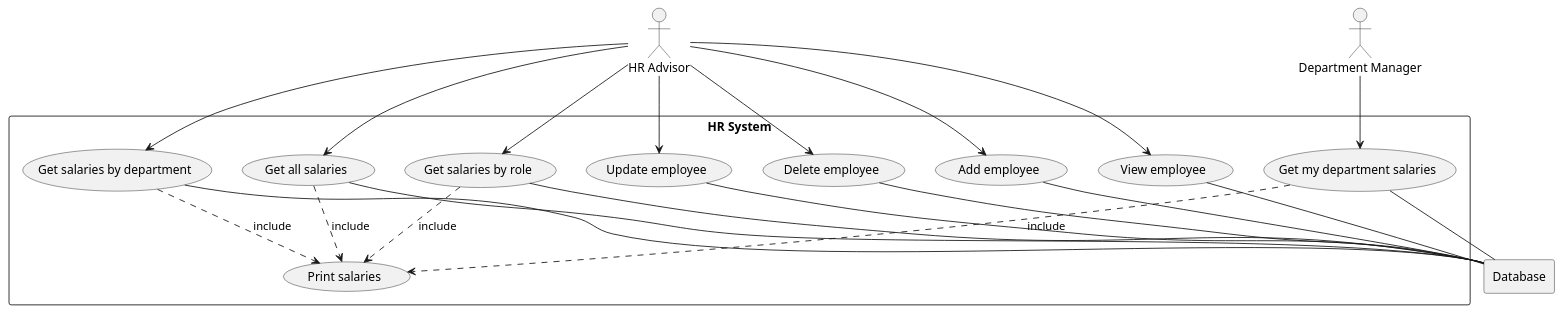
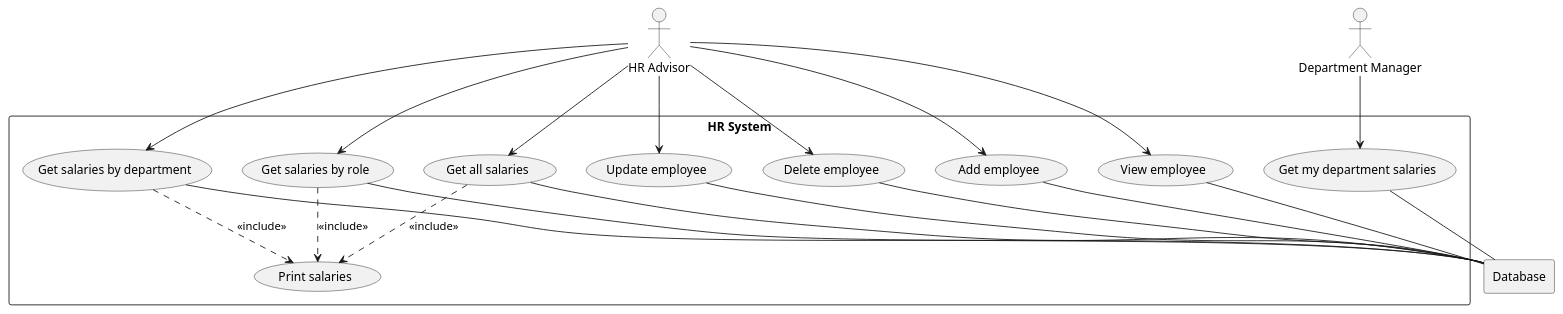
Before and after one commit to KhaineZawHein/DevOps: the diagram in use-cases/use-case-diagram.puml, drawn with PlantUML. The commit also changed 9 other files, not shown here.

```diff
--- a/use-cases/use-case-diagram.puml
+++ b/use-cases/use-case-diagram.puml
@@ -1,45 +1,47 @@
 @startuml
 
-actor "HR Advisor" as HR
-actor "Department Manager" as DM
+actor HR as "HR Advisor"
+actor DM as "Department Manager"
 
 rectangle Database
 
 rectangle "HR System" {
     usecase UC1 as "Get all salaries"
     usecase UC2 as "Get salaries by department"
     usecase UC3 as "Get my department salaries"
     usecase UC4 as "Get salaries by role"
     usecase UC5 as "Add employee"
     usecase UC6 as "View employee"
     usecase UC7 as "Update employee"
     usecase UC8 as "Delete employee"
 
     usecase UCa as "Print salaries"
-
-    HR --> UC1
-    HR --> UC2
-    HR --> UC4
-    HR --> UC5
-    HR --> UC6
-    HR --> UC7
-    HR --> UC8
-
-    DM --> UC3
-
-    UC1 ..> UCa : include
-    UC2 ..> UCa : include
-    UC3 ..> UCa : include
-    UC4 ..> UCa : include
-
-    UC1 -- Database
-    UC2 -- Database
-    UC3 -- Database
-    UC4 -- Database
-    UC5 -- Database
-    UC6 -- Database
-    UC7 -- Database
-    UC8 -- Database
 }
 
+' Relationships between Actors and Use Cases
+HR --> UC1
+HR --> UC2
+HR --> UC4
+HR --> UC5
+HR --> UC6
+HR --> UC7
+HR --> UC8
+
+DM --> UC3
+
+' Include relationships for printing reports
+UC1 ..> UCa : <<include>>
+UC2 ..> UCa : <<include>>
+UC4 ..> UCa : <<include>>
+
+' Relationships with Database
+UC1 -- Database
+UC2 -- Database
+UC3 -- Database
+UC4 -- Database
+UC5 -- Database
+UC6 -- Database
+UC7 -- Database
+UC8 -- Database
+
 @enduml
```
